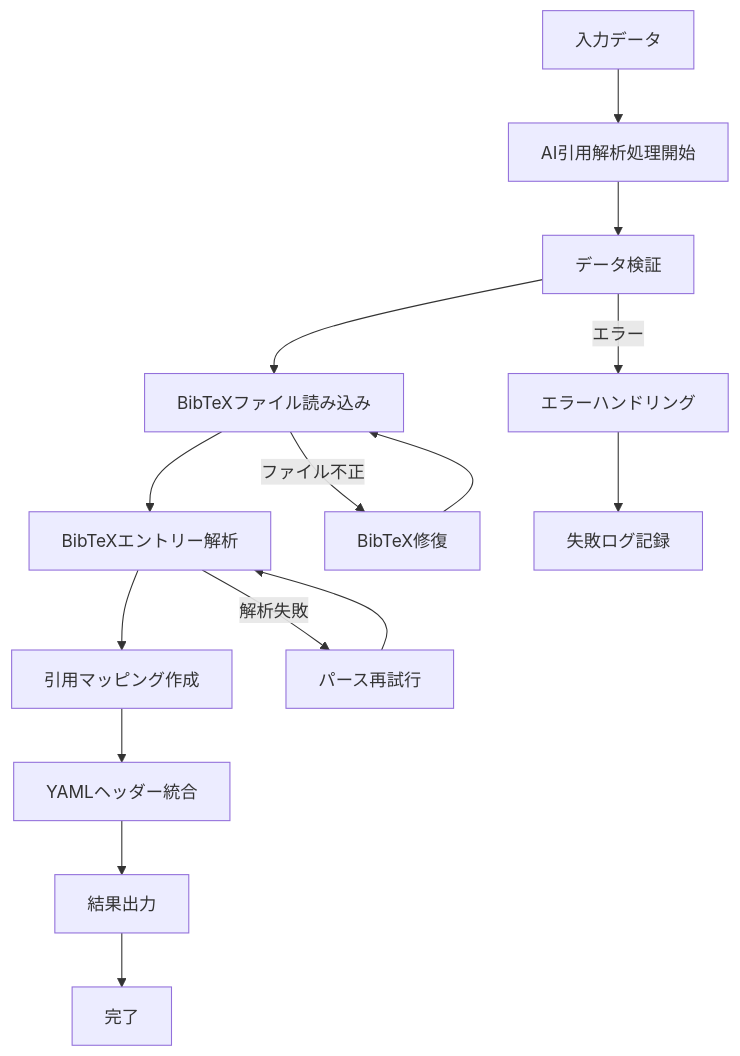
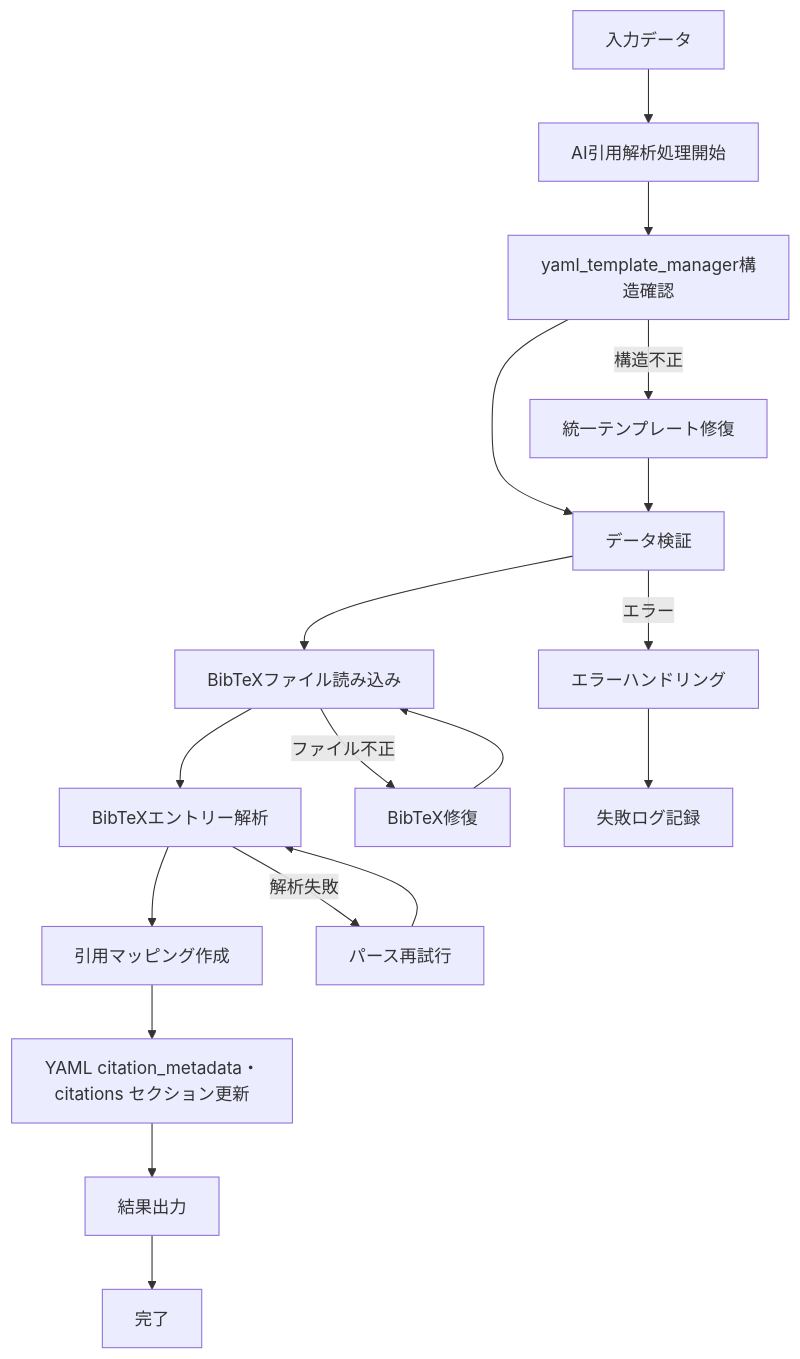
One commit to shuu5/ObsClippingsManager changed the first of 2 diagrams in code/contexts/enhanced_citation_parser_specification.md. Above: the diagram before and after it, drawn with Mermaid. The commit also changed other lines of this file and 8 other files, not shown here.

````diff
--- a/code/contexts/enhanced_citation_parser_specification.md
+++ b/code/contexts/enhanced_citation_parser_specification.md
@@ -9,18 +9,21 @@
 ```mermaid
 flowchart TD
     A["入力データ"] --> B["AI引用解析処理開始"]
-    B --> C["データ検証"]
-    C --> D["BibTeXファイル読み込み"]
-    D --> E["BibTeXエントリー解析"]
-    E --> F["引用マッピング作成"]
-    F --> G["YAMLヘッダー統合"]
-    G --> H["結果出力"]
-    H --> I["完了"]
+    B --> C["yaml_template_manager構造確認"]
+    C --> D["データ検証"]
+    D --> E["BibTeXファイル読み込み"]
+    E --> F["BibTeXエントリー解析"]
+    F --> G["引用マッピング作成"]
+    G --> H["YAML citation_metadata・citations セクション更新"]
+    H --> I["結果出力"]
+    I --> J["完了"]
     
-    C -->|エラー| J["エラーハンドリング"]
-    D -->|ファイル不正| K["BibTeX修復"]
-    E -->|解析失敗| L["パース再試行"]
-    J --> M["失敗ログ記録"]
+    C -->|構造不正| K["統一テンプレート修復"]
+    D -->|エラー| L["エラーハンドリング"]
+    E -->|ファイル不正| M["BibTeX修復"]
+    F -->|解析失敗| N["パース再試行"]
     K --> D
-    L --> E
+    L --> O["失敗ログ記録"]
+    M --> E
+    N --> F
 ```
````
